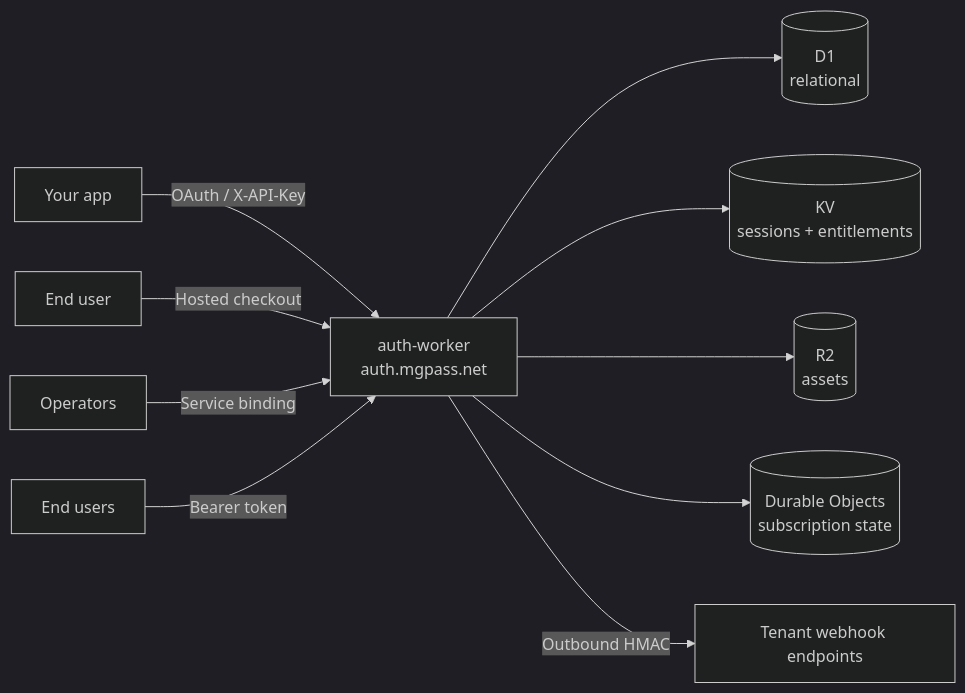
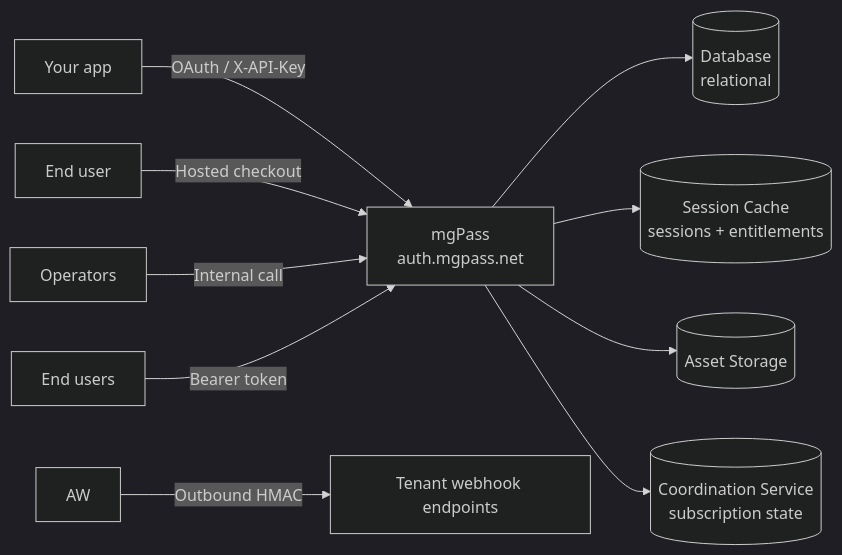
Before and after one commit to mgdmdev/docs: the diagram in guides/overview.mdx, drawn with Mermaid (dark theme). The commit also changed other lines of this file and 29 other files, not shown here.

````diff
--- a/guides/overview.mdx
+++ b/guides/overview.mdx
@@ -15,12 +15,12 @@
 ```mermaid
 graph LR
-    Client[Your app] -->|OAuth / X-API-Key| AW[auth-worker<br/>auth.mgpass.net]
-    Pay[End user] -->|Hosted checkout| AW
-    Admin[Operators] -->|Service binding| AW
-    Account[End users] -->|Bearer token| AW
-    AW --> D1[(D1<br/>relational)]
-    AW --> KV[(KV<br/>sessions + entitlements)]
-    AW --> R2[(R2<br/>assets)]
-    AW --> DO[(Durable Objects<br/>subscription state)]
+    Client[Your app] -->|OAuth / X-API-Key| MGP[mgPass<br/>auth.mgpass.net]
+    Pay[End user] -->|Hosted checkout| MGP
+    Operator[Operators] -->|Internal call| MGP
+    Account[End users] -->|Bearer token| MGP
+    MGP --> DB[(Database<br/>relational)]
+    MGP --> CACHE[(Session Cache<br/>sessions + entitlements)]
+    MGP --> ASSETS[(Asset Storage)]
+    MGP --> COORD[(Coordination Service<br/>subscription state)]
     AW -->|Outbound HMAC| Webhooks[Tenant webhook endpoints]
 ```
````
